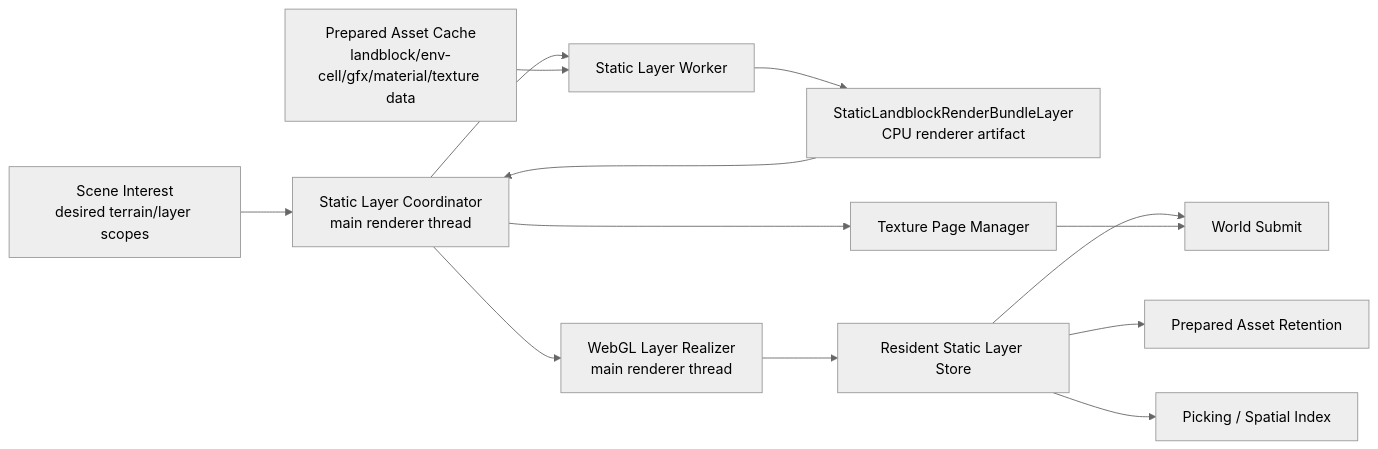
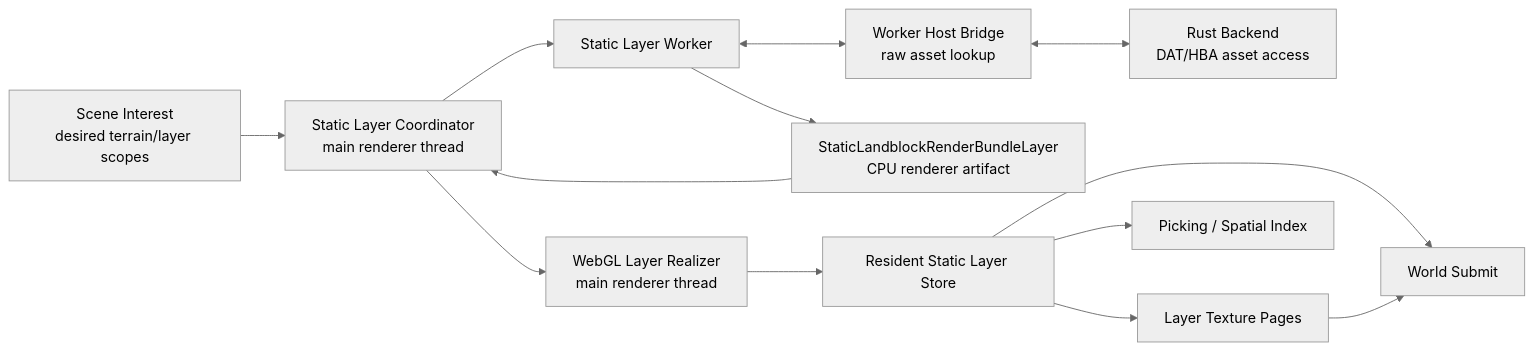
One commit to merklejerk/holtburger changed the first of 9 diagrams in docs/plans/holtburger-3d-static-landblock-render-bundle-replacement-plan.md. Above: the diagram before and after it, drawn with Mermaid (neutral theme). The commit also changed other lines of this file and 4 other files, not shown here.

````diff
--- a/docs/plans/holtburger-3d-static-landblock-render-bundle-replacement-plan.md
+++ b/docs/plans/holtburger-3d-static-landblock-render-bundle-replacement-plan.md
@@ -75,15 +116,15 @@
 ```mermaid
 flowchart LR
     A[Scene Interest<br/>desired terrain/layer scopes] --> K[Static Layer Coordinator<br/>main renderer thread]
     K --> B[Static Layer Worker]
-    C[Prepared Asset Cache<br/>landblock/env-cell/gfx/material/texture data] --> B
+    B <--> C[Worker Host Bridge<br/>raw asset lookup]
+    C <--> H[Rust Backend<br/>DAT/HBA asset access]
     B --> D[StaticLandblockRenderBundleLayer<br/>CPU renderer artifact]
     D --> K
     K --> E[WebGL Layer Realizer<br/>main renderer thread]
     E --> F[Resident Static Layer Store]
     F --> G[World Submit]
-    H[Texture Page Manager] --> G
-    K --> H
-    F --> I[Prepared Asset Retention]
+    F --> I[Layer Texture Pages]
+    I --> G
     F --> J[Picking / Spatial Index]
 ```
````
